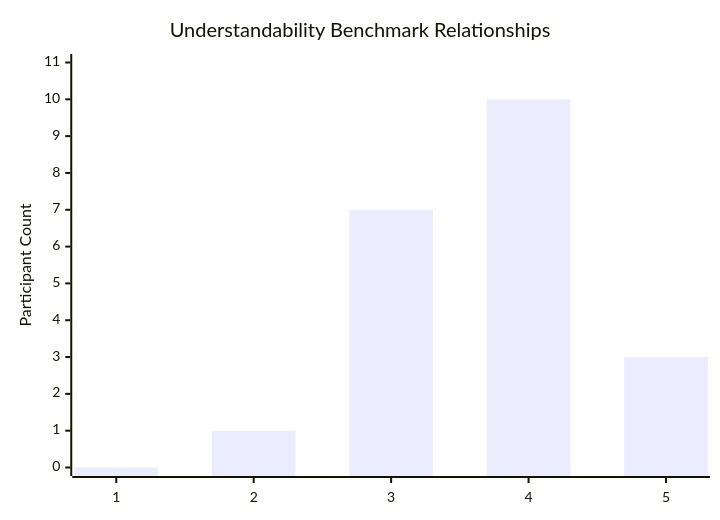
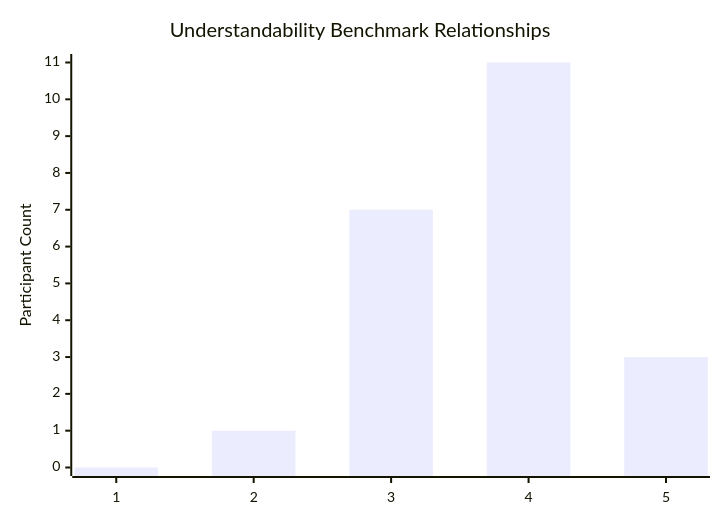
The tenth of 15 diagrams in Search/README.md (anonym-evalpro/EvalPro), drawn with Mermaid before and after one commit. The commit also changed other lines of this file and 1 other file, not shown here.

````diff
--- a/Search/README.md
+++ b/Search/README.md
@@ -112,7 +112,7 @@
        ```mermaid
         xychart-beta
         title "Understandability Benchmark Relationships"
         x-axis ["1", "2", "3", "4", "5"]
         y-axis "Participant Count" 0 --> 11
-        bar [0, 1, 7, 10, 3]
+        bar [0, 1, 7, 11, 3]
        ```
````
